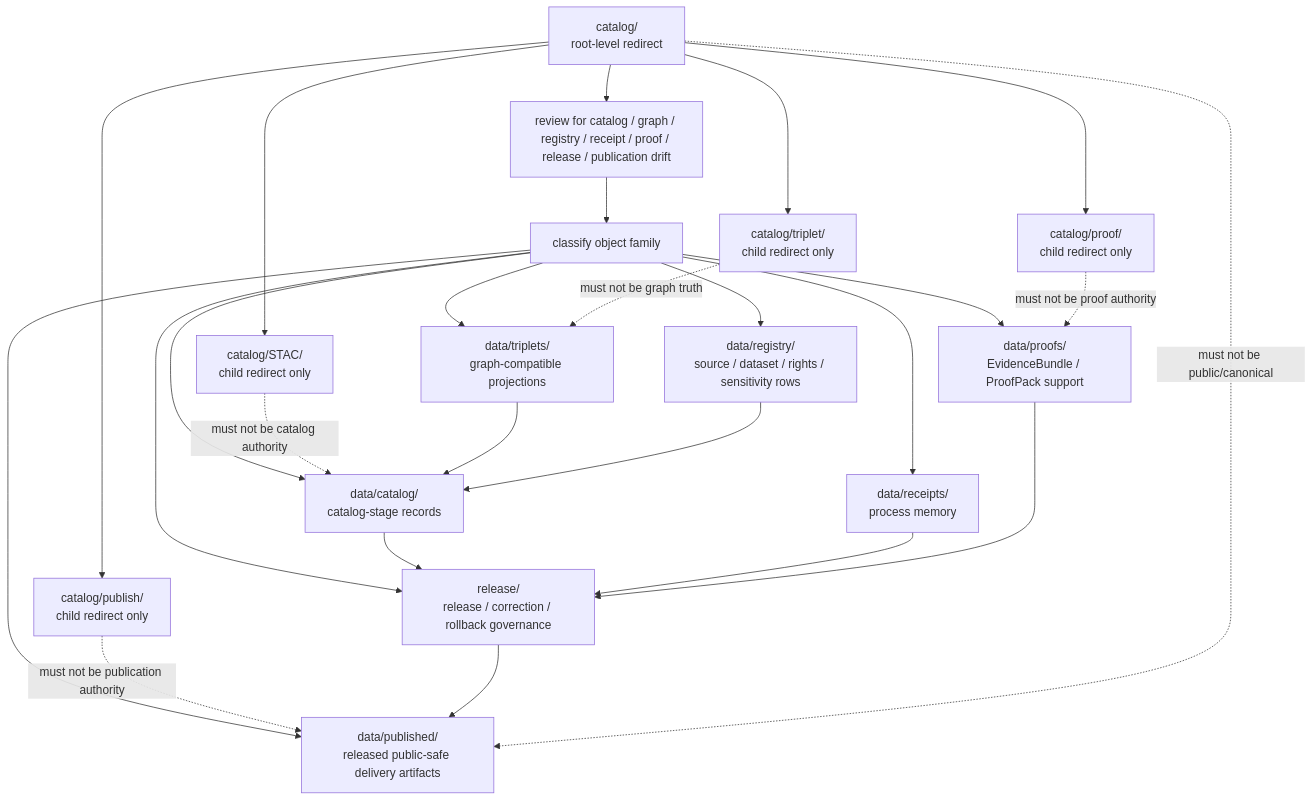
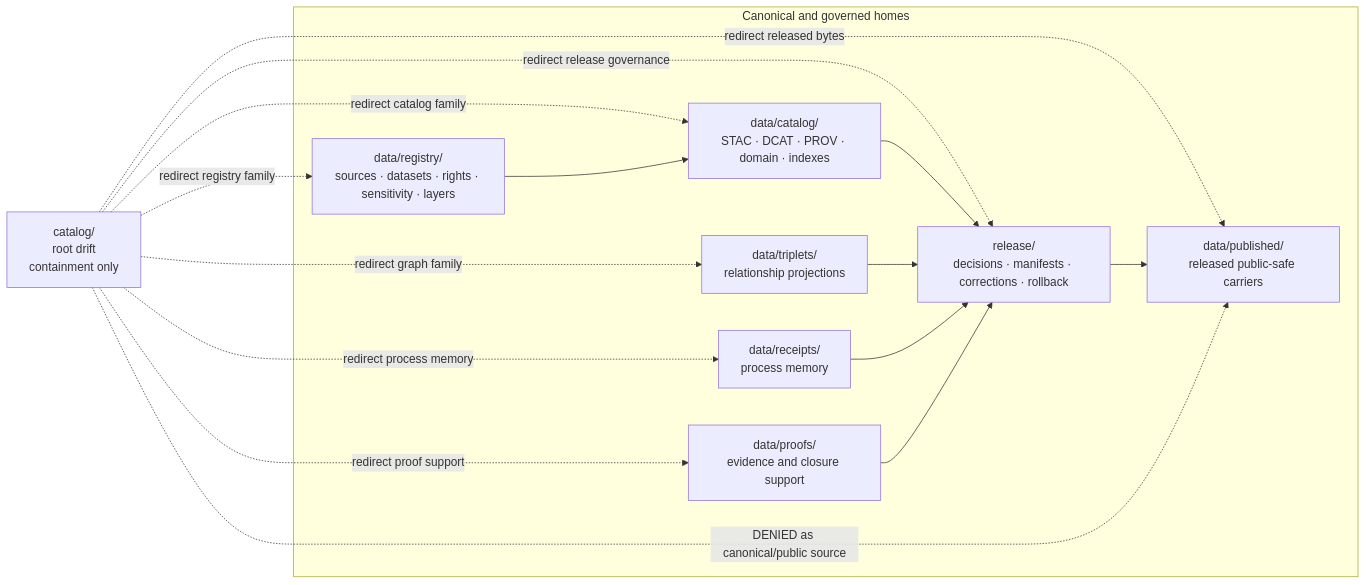
Before and after one commit to bartytime4life/Kansas-Frontier-Matrix: the diagram in catalog/README.md, drawn with Mermaid. The commit also changed other lines of this file, not shown here.

Commit message:
docs(catalog): modernize root drift containment README

````diff
--- a/catalog/README.md
+++ b/catalog/README.md
@@ -368,27 +525,31 @@
 ```mermaid
-flowchart TD
-    wrong["catalog/\nroot-level redirect"] --> review["review for catalog / graph / registry / receipt / proof / release / publication drift"]
-    review --> classify["classify object family"]
-    classify --> catalogData["data/catalog/\ncatalog-stage records"]
-    classify --> triplets["data/triplets/\ngraph-compatible projections"]
-    classify --> registry["data/registry/\nsource / dataset / rights / sensitivity rows"]
-    classify --> receipts["data/receipts/\nprocess memory"]
-    classify --> proofs["data/proofs/\nEvidenceBundle / ProofPack support"]
-    classify --> release["release/\nrelease / correction / rollback governance"]
-    classify --> published["data/published/\nreleased public-safe delivery artifacts"]
-    wrong --> stac["catalog/STAC/\nchild redirect only"]
-    wrong --> proof["catalog/proof/\nchild redirect only"]
-    wrong --> publish["catalog/publish/\nchild redirect only"]
-    wrong --> triplet["catalog/triplet/\nchild redirect only"]
-    stac -. "must not be catalog authority" .-> catalogData
-    proof -. "must not be proof authority" .-> proofs
-    publish -. "must not be publication authority" .-> published
-    triplet -. "must not be graph truth" .-> triplets
-    catalogData --> release
-    triplets --> catalogData
-    registry --> catalogData
-    receipts --> release
-    proofs --> release
-    release --> published
-    wrong -. "must not be public/canonical" .-> published
+flowchart LR
+    ROOT["catalog/<br/>root drift<br/>containment only"]
+
+    subgraph CANON["Canonical and governed homes"]
+      CAT["data/catalog/<br/>STAC · DCAT · PROV · domain · indexes"]
+      TRI["data/triplets/<br/>relationship projections"]
+      REG["data/registry/<br/>sources · datasets · rights · sensitivity · layers"]
+      REC["data/receipts/<br/>process memory"]
+      PROOF["data/proofs/<br/>evidence and closure support"]
+      REL["release/<br/>decisions · manifests · corrections · rollback"]
+      PUB["data/published/<br/>released public-safe carriers"]
+    end
+
+    ROOT -. "redirect catalog family" .-> CAT
+    ROOT -. "redirect graph family" .-> TRI
+    ROOT -. "redirect registry family" .-> REG
+    ROOT -. "redirect process memory" .-> REC
+    ROOT -. "redirect proof support" .-> PROOF
+    ROOT -. "redirect release governance" .-> REL
+    ROOT -. "redirect released bytes" .-> PUB
+
+    CAT --> REL
+    TRI --> REL
+    REG --> CAT
+    REC --> REL
+    PROOF --> REL
+    REL --> PUB
+
+    ROOT -. "DENIED as canonical/public source" .-> PUB
 ```
````
